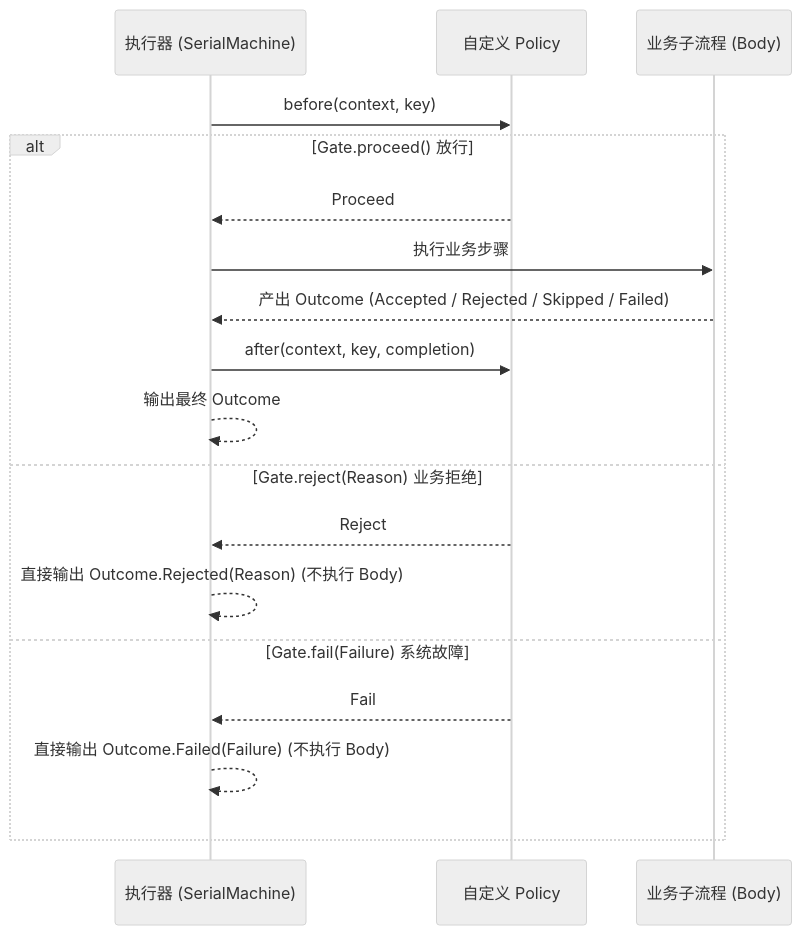
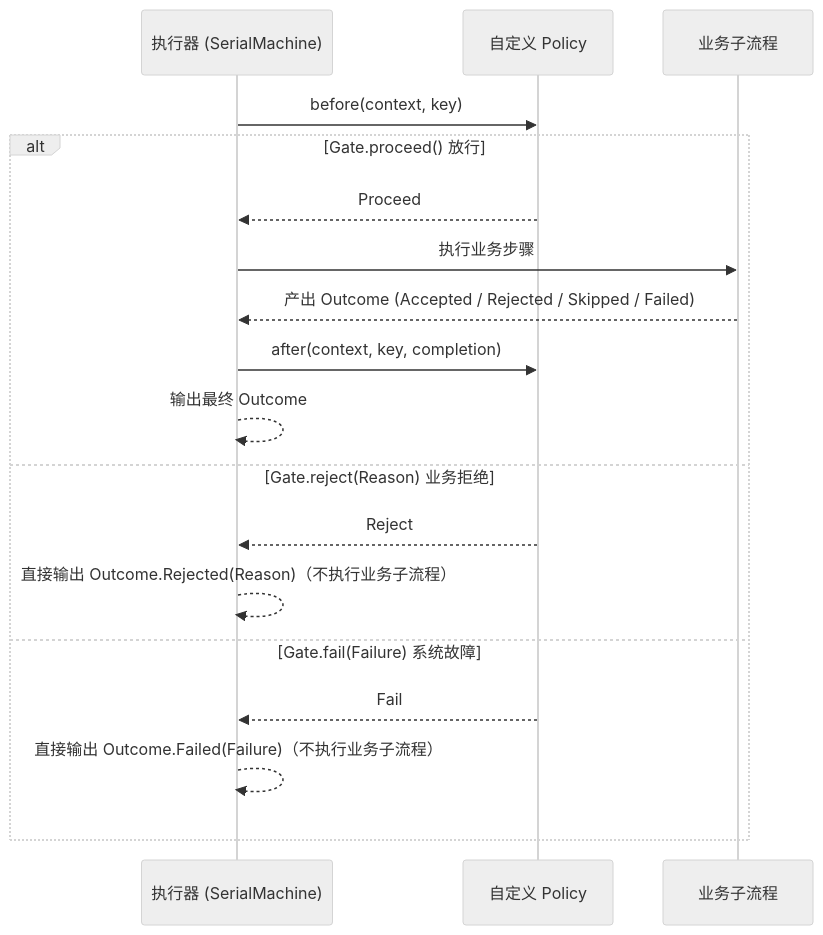
One commit to team4u/team4u-framework changed the first of 2 diagrams in docs/flow/policy-custom.md. Above: the diagram before and after it, drawn with Mermaid (neutral theme). The commit also changed other lines of this file and 142 other files, not shown here.

````diff
--- a/docs/flow/policy-custom.md
+++ b/docs/flow/policy-custom.md
@@ -39,21 +39,21 @@
 ```mermaid
 sequenceDiagram
     participant Engine as 执行器 (SerialMachine)
     participant Policy as 自定义 Policy
-    participant Body as 业务子流程 (Body)
+    participant Body as 业务子流程
     
     Engine->>Policy: before(context, key)
     alt Gate.proceed() 放行
         Policy-->>Engine: Proceed
         Engine->>Body: 执行业务步骤
         Body-->>Engine: 产出 Outcome (Accepted / Rejected / Skipped / Failed)
         Engine->>Policy: after(context, key, completion)
         Engine-->>Engine: 输出最终 Outcome
     else Gate.reject(Reason) 业务拒绝
         Policy-->>Engine: Reject
-        Engine-->>Engine: 直接输出 Outcome.Rejected(Reason) (不执行 Body)
+        Engine-->>Engine: 直接输出 Outcome.Rejected(Reason)（不执行业务子流程）
     else Gate.fail(Failure) 系统故障
         Policy-->>Engine: Fail
-        Engine-->>Engine: 直接输出 Outcome.Failed(Failure) (不执行 Body)
+        Engine-->>Engine: 直接输出 Outcome.Failed(Failure)（不执行业务子流程）
     end
 ```
````
